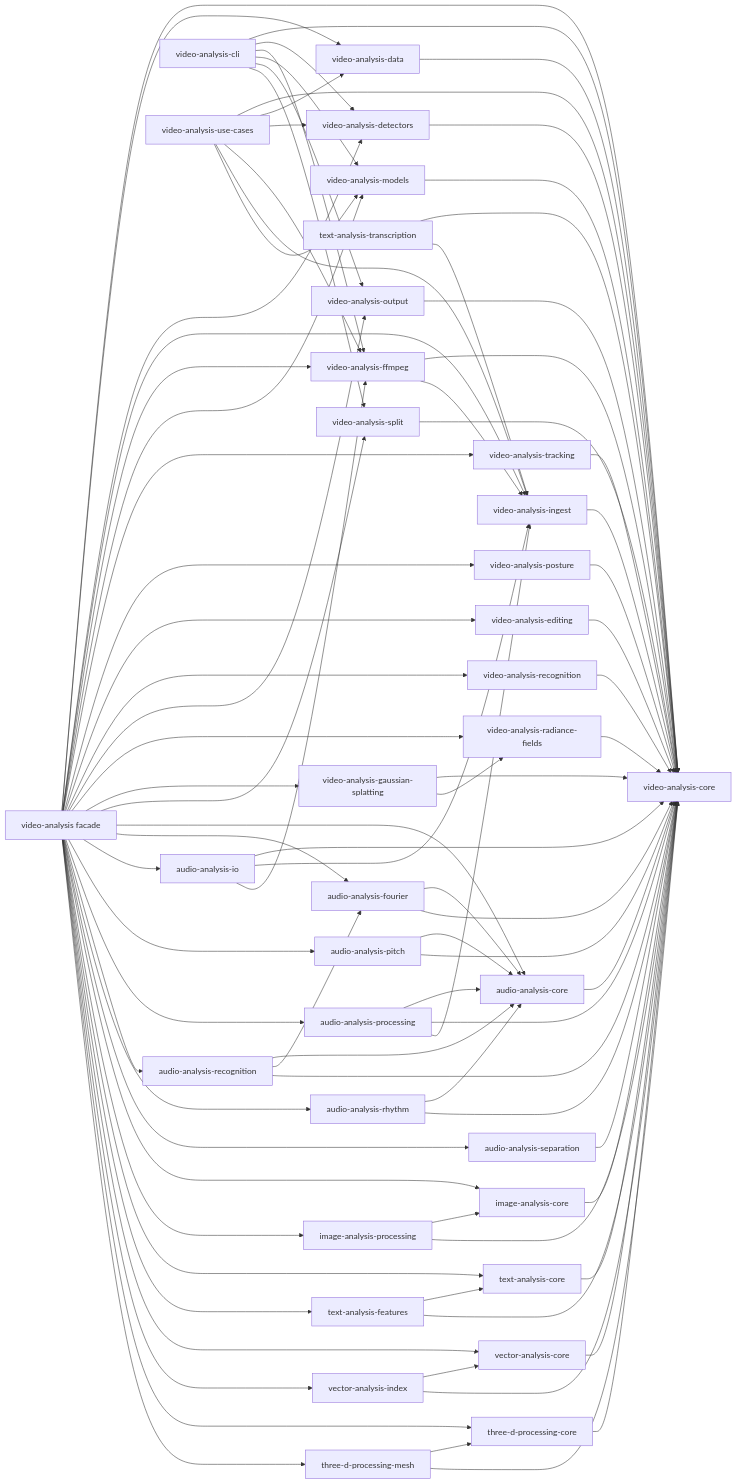
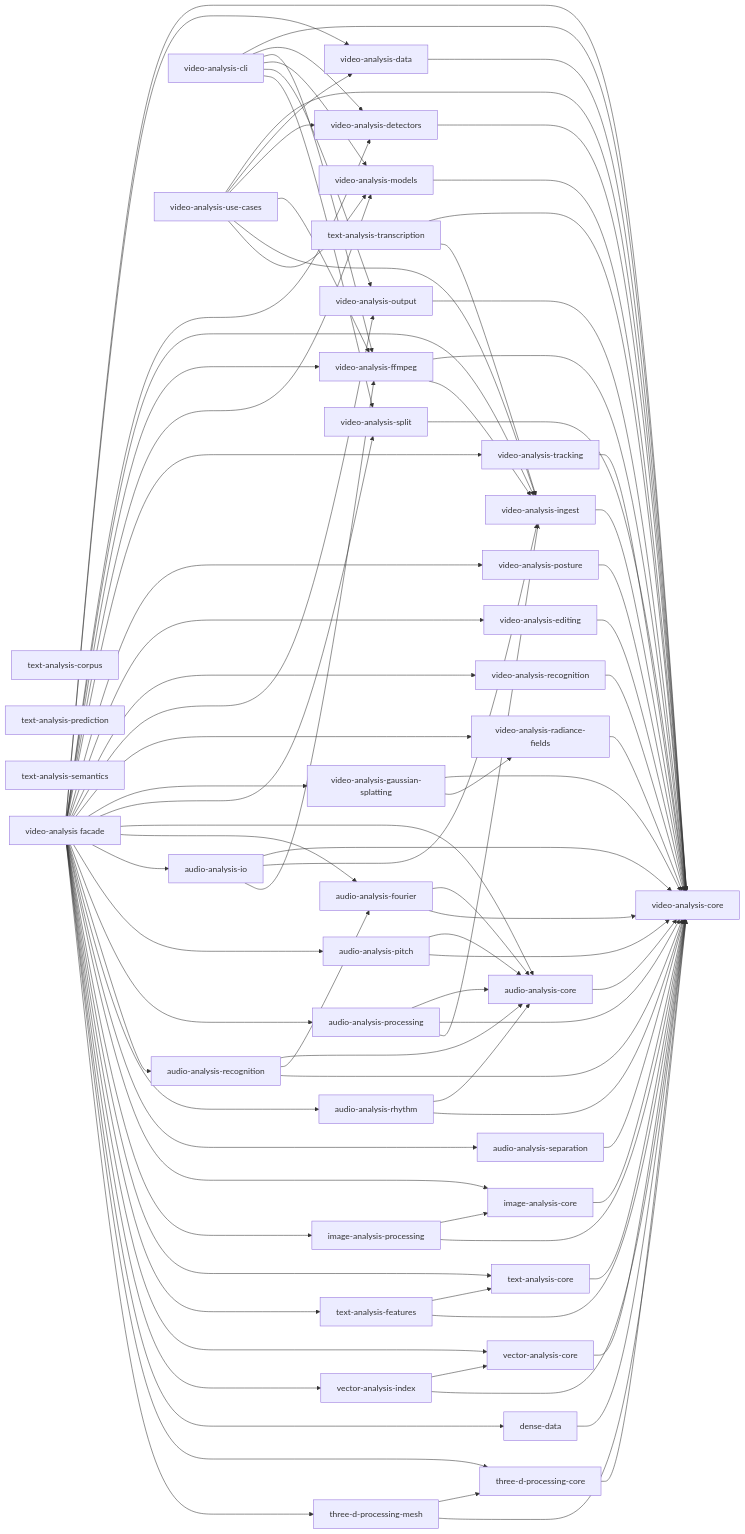
The diagram in README.md (moritzbrantner/rust-packages), drawn with Mermaid before and after one commit. The commit also changed other lines of this file and 18 other files, not shown here.

First line of the commit message:
Add text corpus, semantics, prediction, and dense data crates

```diff
--- a/README.md
+++ b/README.md
@@ -192,11 +202,15 @@
     separation[audio-analysis-separation]
     imagecore[image-analysis-core]
     imageprocessing[image-analysis-processing]
+    textcorpus[text-analysis-corpus]
     textcore[text-analysis-core]
     textfeatures[text-analysis-features]
+    textprediction[text-analysis-prediction]
+    textsemantics[text-analysis-semantics]
     texttranscription[text-analysis-transcription]
     vectorcore[vector-analysis-core]
     vectorindex[vector-analysis-index]
+    densedata[dense-data]
     threedcore[three-d-processing-core]
     threedmesh[three-d-processing-mesh]
 
@@ -246,6 +260,7 @@
     vectorcore --> core
     vectorindex --> vectorcore
     vectorindex --> core
+    densedata --> core
     threedcore --> core
     threedmesh --> threedcore
     threedmesh --> core
@@ -294,6 +309,7 @@
     root --> textfeatures
     root --> vectorcore
     root --> vectorindex
+    root --> densedata
     root --> threedcore
     root --> threedmesh
 
```
